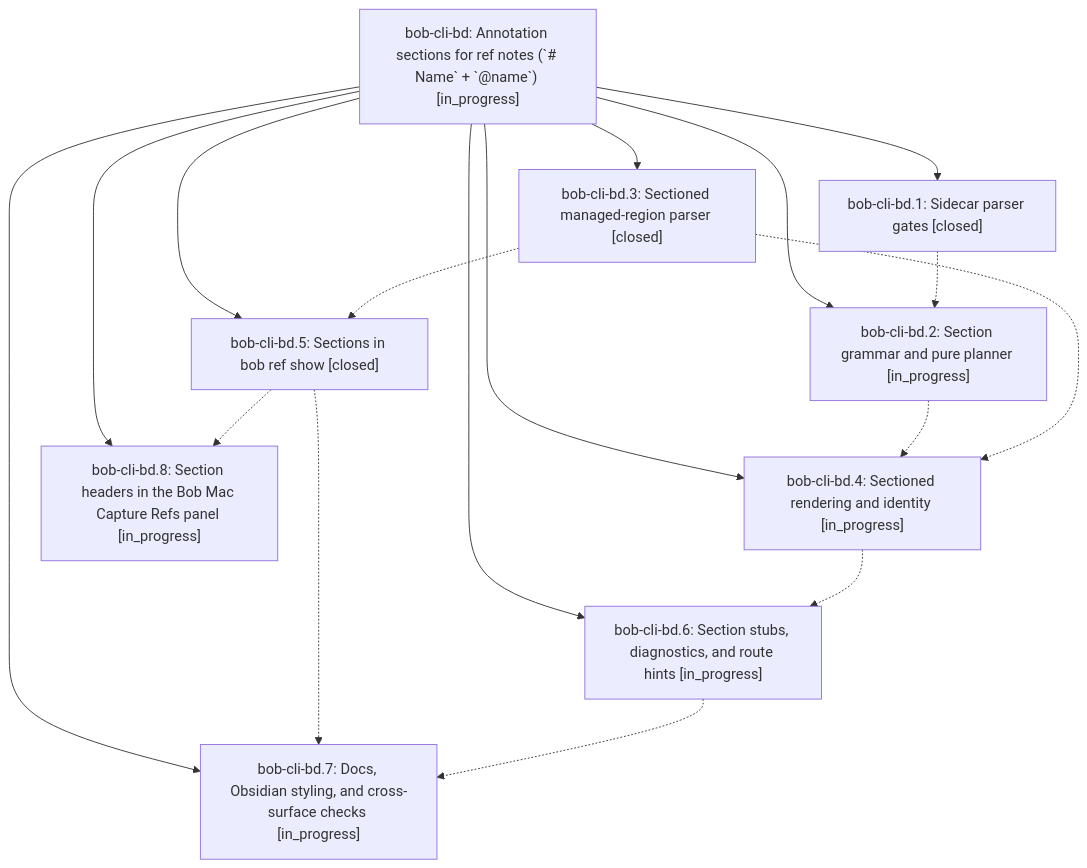
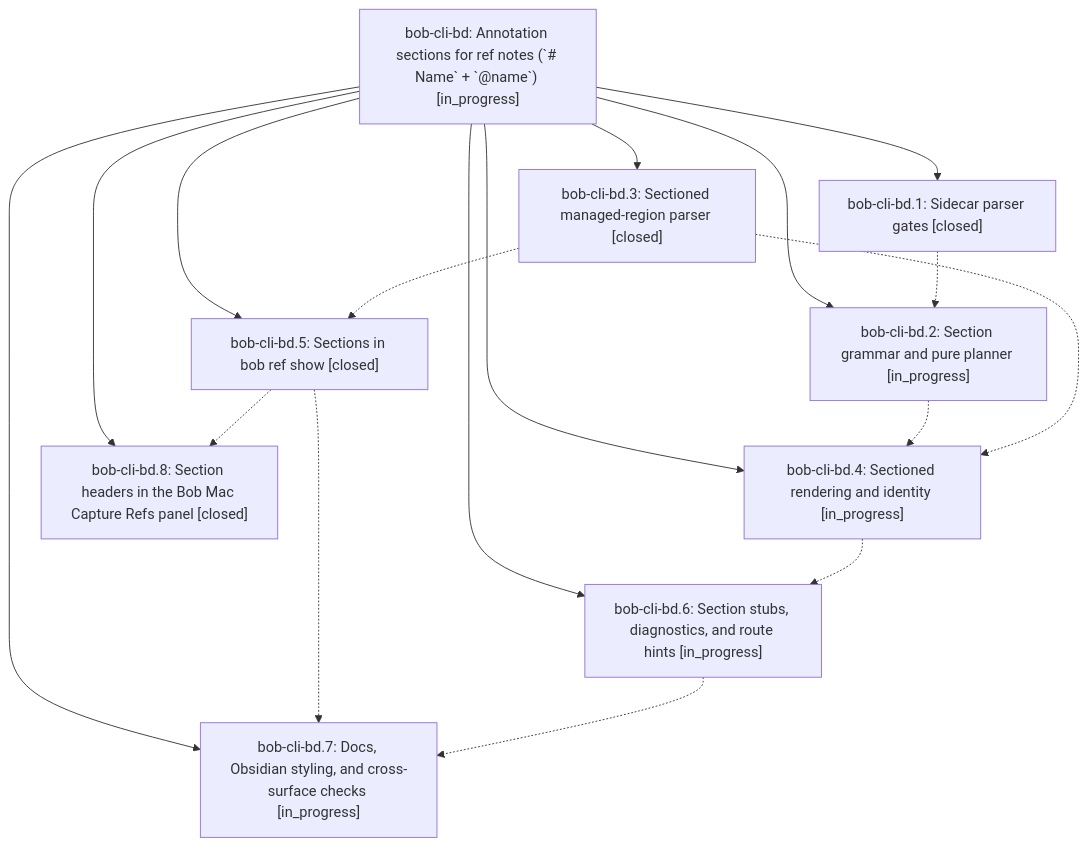
Before and after one commit to bobs-org/bob-cli--beads: the diagram in pages/bob-cli-bd/README.md, drawn with Mermaid. The commit also changed other lines of this file and 4 other files, not shown here.

First line of the commit message:
chore(beads): sync bead state and pages for bob-cli-bd

````diff
--- a/pages/bob-cli-bd/README.md
+++ b/pages/bob-cli-bd/README.md
@@ -41,28 +47,28 @@
 ```mermaid
 flowchart TD
     n0["bob-cli-bd: Annotation sections for ref notes (`# Name` + `@name`) [in_progress]"]
     n1["bob-cli-bd.1: Sidecar parser gates [closed]"]
     n2["bob-cli-bd.2: Section grammar and pure planner [in_progress]"]
     n3["bob-cli-bd.3: Sectioned managed-region parser [closed]"]
     n4["bob-cli-bd.4: Sectioned rendering and identity [in_progress]"]
     n5["bob-cli-bd.5: Sections in bob ref show [closed]"]
     n6["bob-cli-bd.6: Section stubs, diagnostics, and route hints [in_progress]"]
     n7["bob-cli-bd.7: Docs, Obsidian styling, and cross-surface checks [in_progress]"]
-    n8["bob-cli-bd.8: Section headers in the Bob Mac Capture Refs panel [in_progress]"]
+    n8["bob-cli-bd.8: Section headers in the Bob Mac Capture Refs panel [closed]"]
     n0 --> n1
     n0 --> n2
     n0 --> n3
     n0 --> n4
     n0 --> n5
     n0 --> n6
     n0 --> n7
     n0 --> n8
     n1 -.-> n2
     n2 -.-> n4
     n3 -.-> n4
     n3 -.-> n5
     n4 -.-> n6
     n5 -.-> n7
     n5 -.-> n8
     n6 -.-> n7
 ```
````
